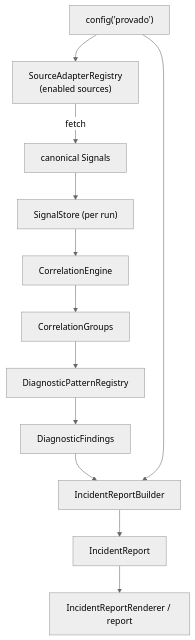
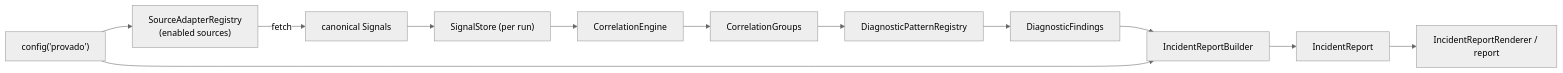
One commit to ProvadoAI/provado changed the diagram in docs/ARCHITECTURE.md. Above: the diagram before and after it, drawn with Mermaid (neutral theme).

Commit message:
docs: lay out architecture diagram left-to-right
Change the Mermaid flowchart direction from TD to LR so the overview
diagram uses horizontal space instead of requiring vertical scrolling.

Claude-Session: https://claude.ai/code/session_01GbgfpxspNLcpL7WyYwt6S8

````diff
--- a/docs/ARCHITECTURE.md
+++ b/docs/ARCHITECTURE.md
@@ -19,14 +19,14 @@
 ```mermaid
-flowchart TD
+flowchart LR
     config["config('provado')"] --> registry["SourceAdapterRegistry<br/>(enabled sources)"]
     registry -->|fetch| signals["canonical Signals"]
     signals --> store["SignalStore (per run)"]
     store --> correlation["CorrelationEngine"]
     correlation --> groups["CorrelationGroups"]
     groups --> patterns["DiagnosticPatternRegistry"]
     patterns --> findings["DiagnosticFindings"]
     findings --> builder["IncidentReportBuilder"]
     config --> builder
     builder --> report["IncidentReport"]
     report --> renderer["IncidentReportRenderer / report"]
 ```
````
